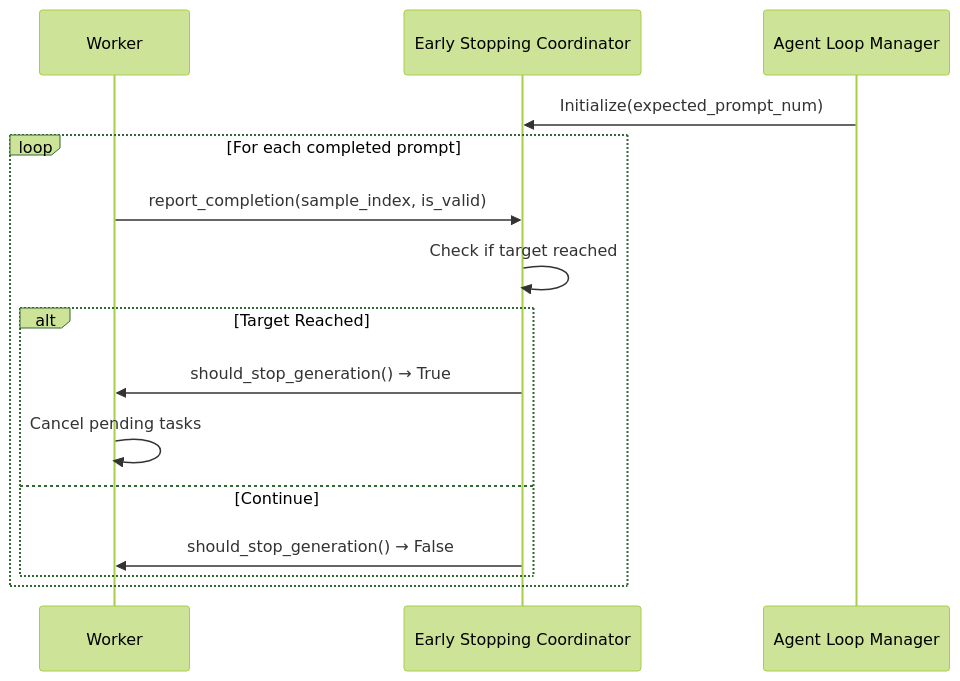
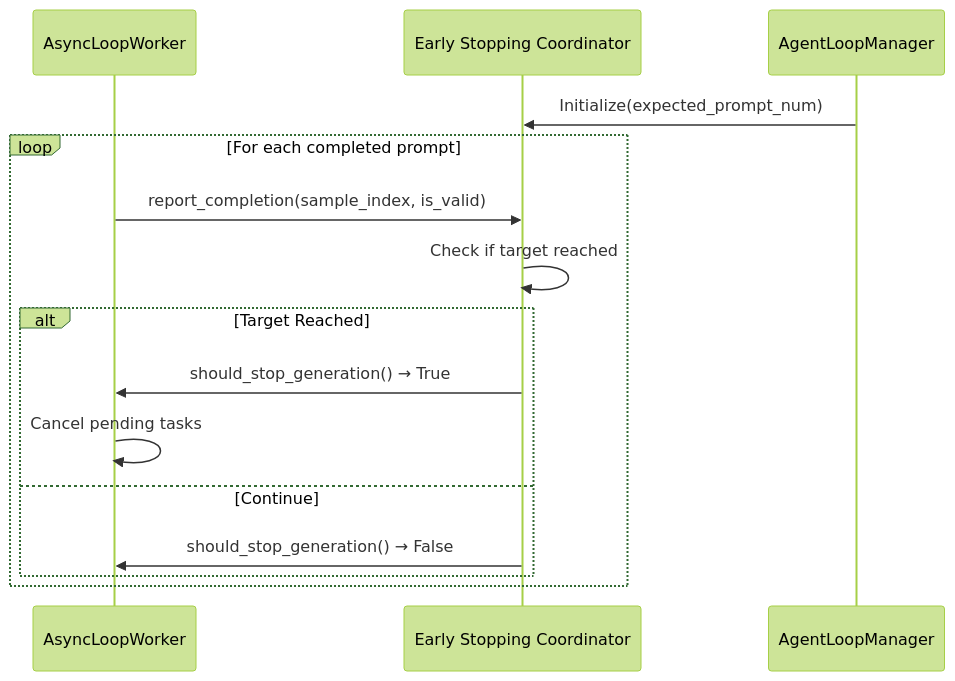
The second of 3 diagrams in recipe/async_dapo/README.md (zpqiu/verl), drawn with Mermaid (forest theme) before and after one commit. The commit also changed other lines of this file, not shown here.

````diff
--- a/recipe/async_dapo/README.md
+++ b/recipe/async_dapo/README.md
@@ -96,18 +102,18 @@
 ```mermaid
 sequenceDiagram
-    participant W as Worker
+    participant W as AsyncLoopWorker
     participant ESC as Early Stopping Coordinator
-    participant ALM as Agent Loop Manager
+    participant ALM as AgentLoopManager
     
     ALM->>ESC: Initialize(expected_prompt_num)
     loop For each completed prompt
         W->>ESC: report_completion(sample_index, is_valid)
         ESC->>ESC: Check if target reached
         alt Target Reached
             ESC->>W: should_stop_generation() → True
             W->>W: Cancel pending tasks
         else Continue
             ESC->>W: should_stop_generation() → False
         end
     end
 ```
````
